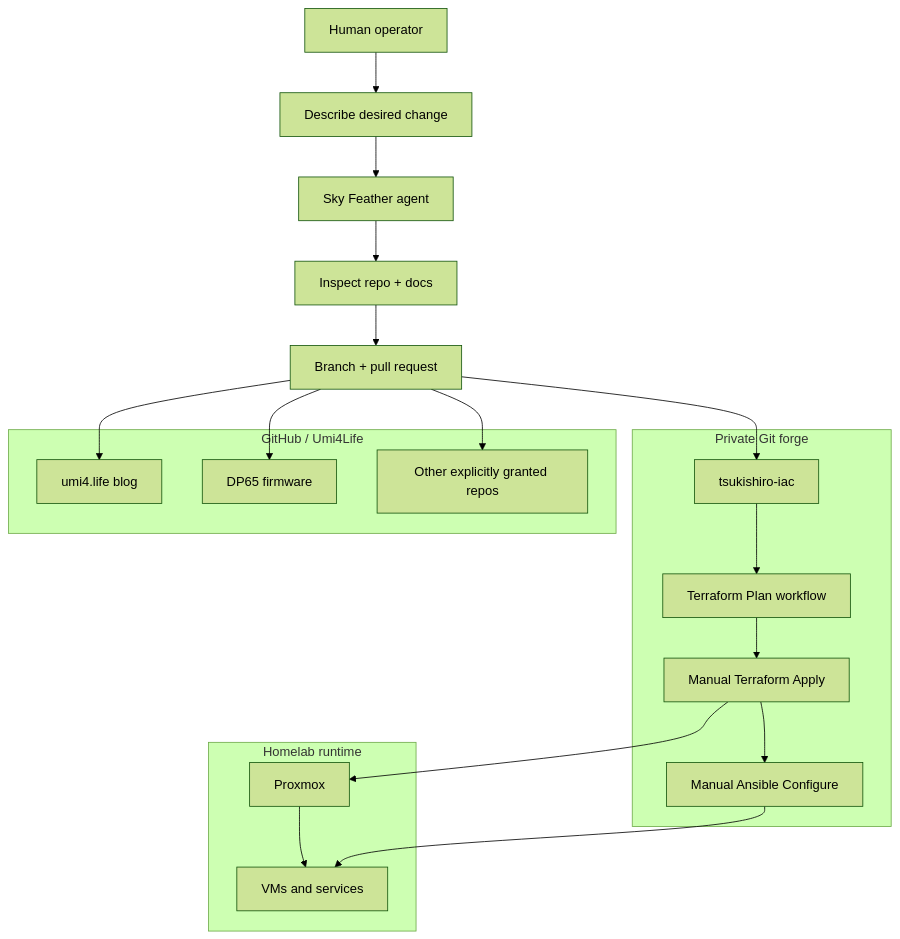
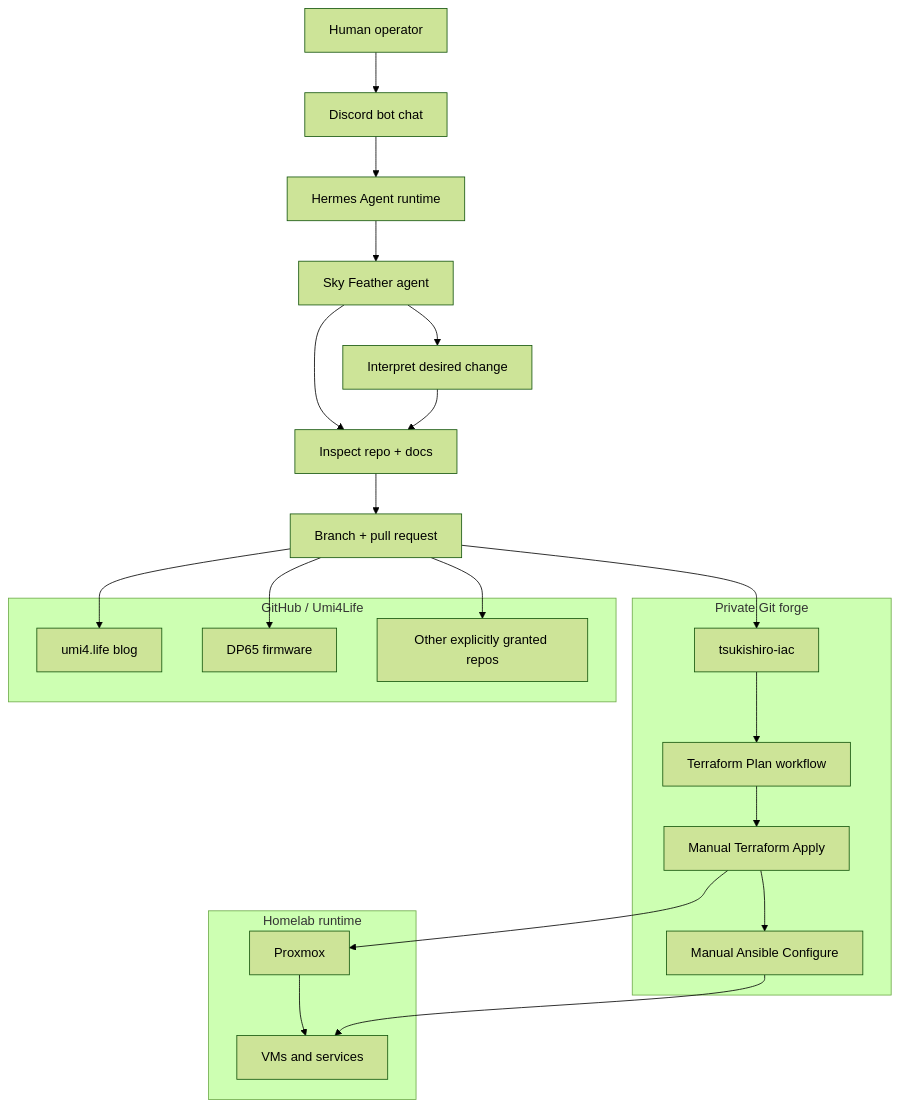
One commit to Umi4Life/umi4.life changed the diagram in content/posts/sky-feather-iac-hijack/index.md. Above: the diagram before and after it, drawn with Mermaid (forest theme). The commit also changed other lines of this file, not shown here.

Commit message:
docs: mention Discord Hermes orchestration

````diff
--- a/content/posts/sky-feather-iac-hijack/index.md
+++ b/content/posts/sky-feather-iac-hijack/index.md
@@ -43,36 +43,39 @@
 ```mermaid
 flowchart TB
-    human["Human operator"] --> idea["Describe desired change"]
-    sky["Sky Feather agent"] --> inspect["Inspect repo + docs"]
-    idea --> sky
+    human["Human operator"] --> discord["Discord bot chat"]
+    discord --> hermes["Hermes Agent runtime"]
+    hermes --> sky["Sky Feather agent"]
+    sky --> idea["Interpret desired change"]
+    sky --> inspect["Inspect repo + docs"]
+    idea --> inspect
 
     subgraph privateForge ["Private Git forge"]
         iac["tsukishiro-iac"]
         plan["Terraform Plan workflow"]
         apply["Manual Terraform Apply"]
         configure["Manual Ansible Configure"]
     end
 
     subgraph github ["GitHub / Umi4Life"]
         blog["umi4.life blog"]
         keyboard["DP65 firmware"]
         other["Other explicitly granted repos"]
     end
 
     subgraph homelab ["Homelab runtime"]
         proxmox["Proxmox"]
         vms["VMs and services"]
     end
 
     inspect --> pr["Branch + pull request"]
     pr --> iac
     pr --> blog
     pr --> keyboard
     pr --> other
     iac --> plan
     plan --> apply
     apply --> proxmox
     proxmox --> vms
     apply --> configure
     configure --> vms
 ```
````
